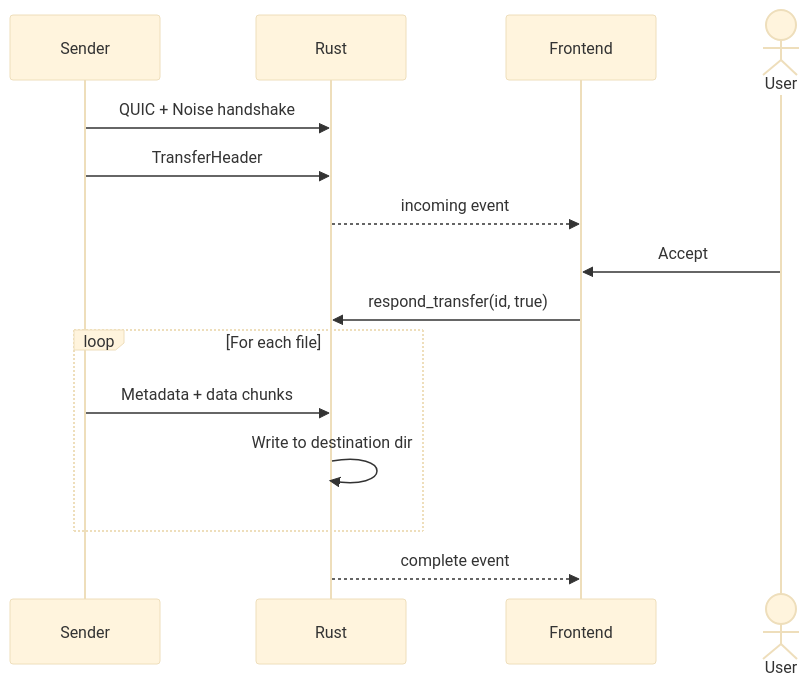
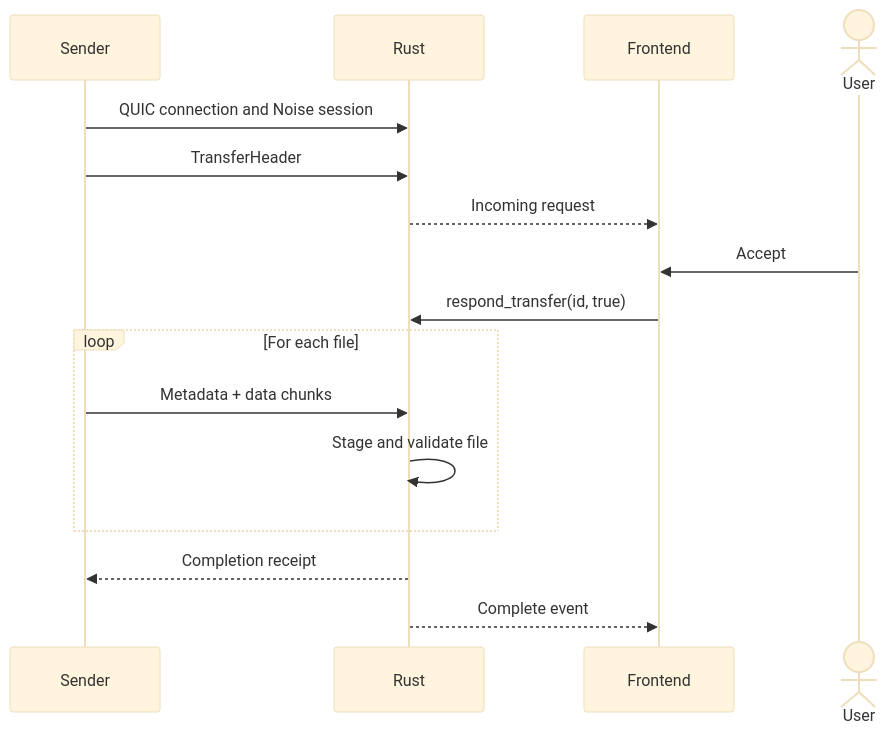
The second of 2 diagrams in docs/concepts/overview.md (djalmajr/dukto), drawn with Mermaid (base theme) before and after one commit. The commit also changed other lines of this file and 84 other files, not shown here.

````diff
--- a/docs/concepts/overview.md
+++ b/docs/concepts/overview.md
@@ -56,18 +53,19 @@
 ```mermaid
 sequenceDiagram
   participant Sender
   participant Rust
   participant UI as Frontend
   actor User
 
-  Sender->>Rust: QUIC + Noise handshake
+  Sender->>Rust: QUIC connection and Noise session
   Sender->>Rust: TransferHeader
-  Rust-->>UI: incoming event
+  Rust-->>UI: Incoming request
   User->>UI: Accept
   UI->>Rust: respond_transfer(id, true)
   loop For each file
     Sender->>Rust: Metadata + data chunks
-    Rust->>Rust: Write to destination dir
+    Rust->>Rust: Stage and validate file
   end
-  Rust-->>UI: complete event
+  Rust-->>Sender: Completion receipt
+  Rust-->>UI: Complete event
 ```
````
